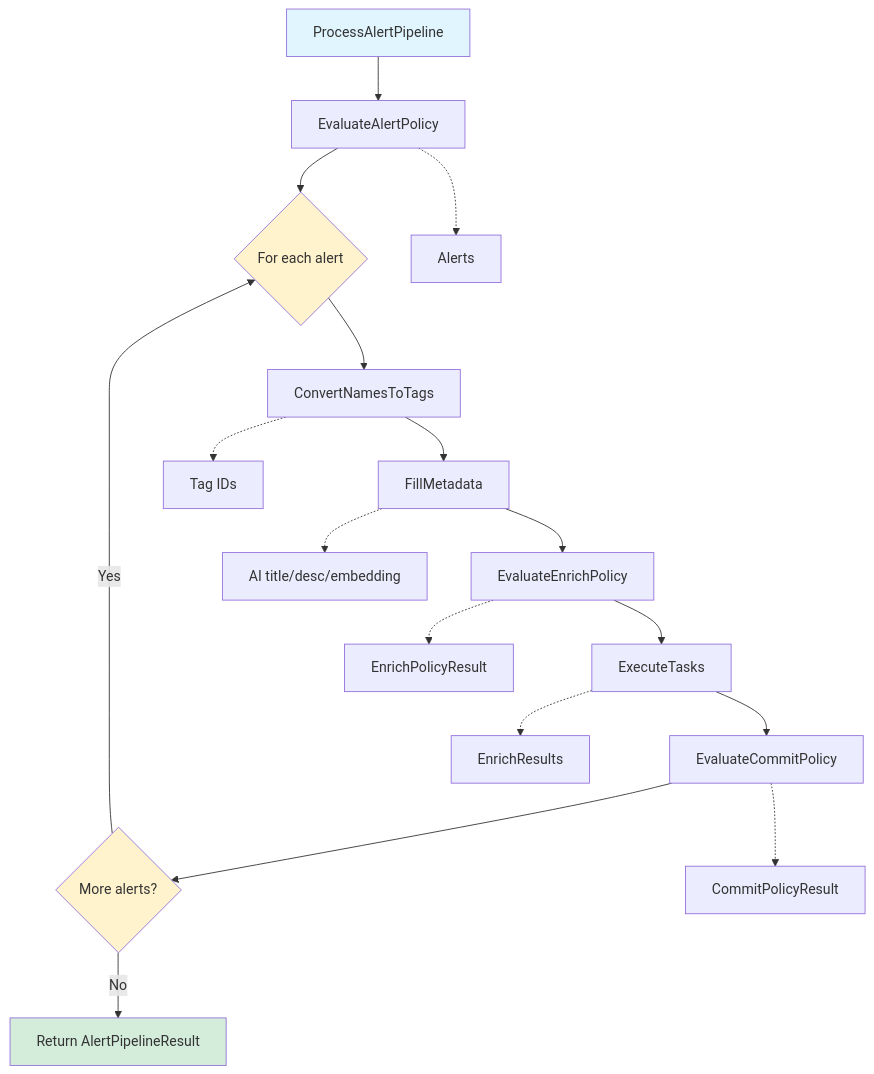
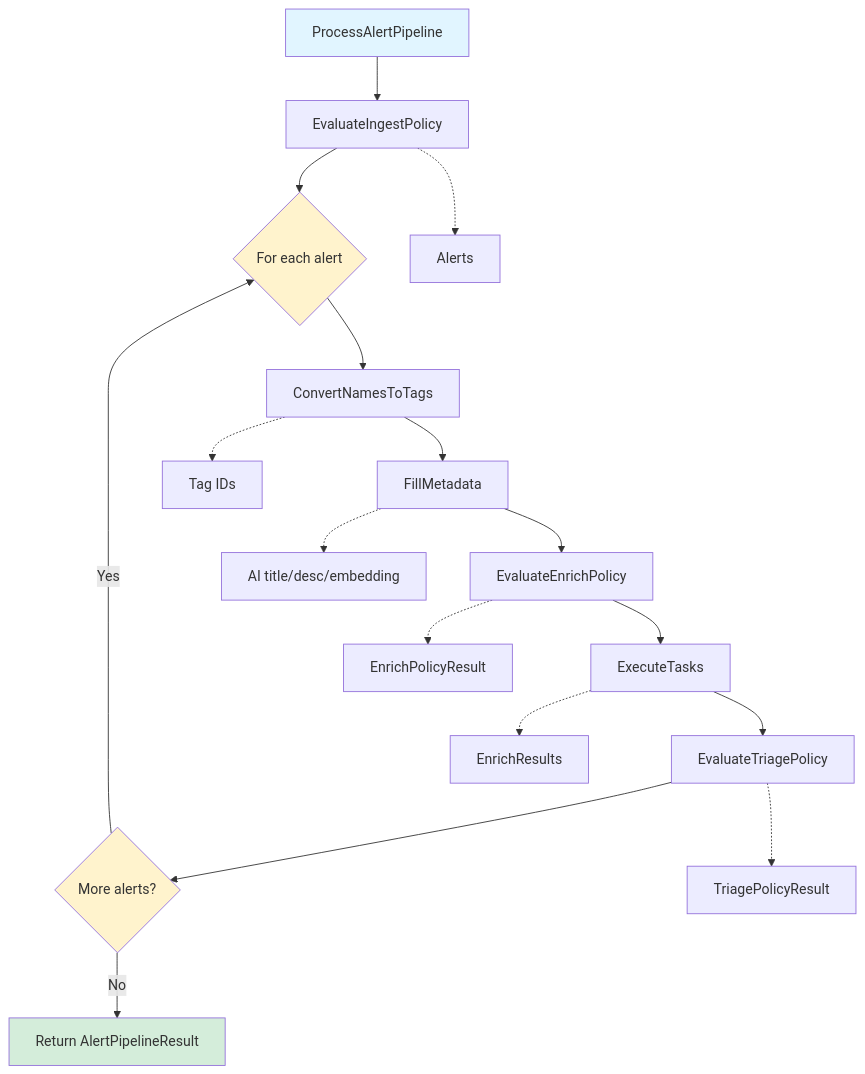
The second of 2 diagrams in doc/policy.md (secmon-lab/warren), drawn with Mermaid before and after one commit. The commit also changed other lines of this file and 30 other files, not shown here.

Commit message:
feat: rename alert and commit policies to ingest and triage for improved clarity and alignment with industry terminology (#89)

````diff
--- a/doc/policy.md
+++ b/doc/policy.md
@@ -410,27 +410,27 @@
 ```mermaid
 flowchart TB
-    Start[ProcessAlertPipeline] --> A[EvaluateAlertPolicy]
+    Start[ProcessAlertPipeline] --> A[EvaluateIngestPolicy]
     A --> B{For each alert}
 
     B --> C[ConvertNamesToTags]
     C --> D[FillMetadata]
     D --> E[EvaluateEnrichPolicy]
     E --> F[ExecuteTasks]
-    F --> G[EvaluateCommitPolicy]
+    F --> G[EvaluateTriagePolicy]
 
     G --> H{More alerts?}
     H -->|Yes| B
     H -->|No| I[Return AlertPipelineResult]
 
     A -.-> A1[Alerts]
     C -.-> C1[Tag IDs]
     D -.-> D1[AI title/desc/embedding]
     E -.-> E1[EnrichPolicyResult]
     F -.-> F1[EnrichResults]
-    G -.-> G1[CommitPolicyResult]
+    G -.-> G1[TriagePolicyResult]
 
     style Start fill:#e1f5ff
     style I fill:#d4edda
     style B fill:#fff3cd
     style H fill:#fff3cd
 ```
````
